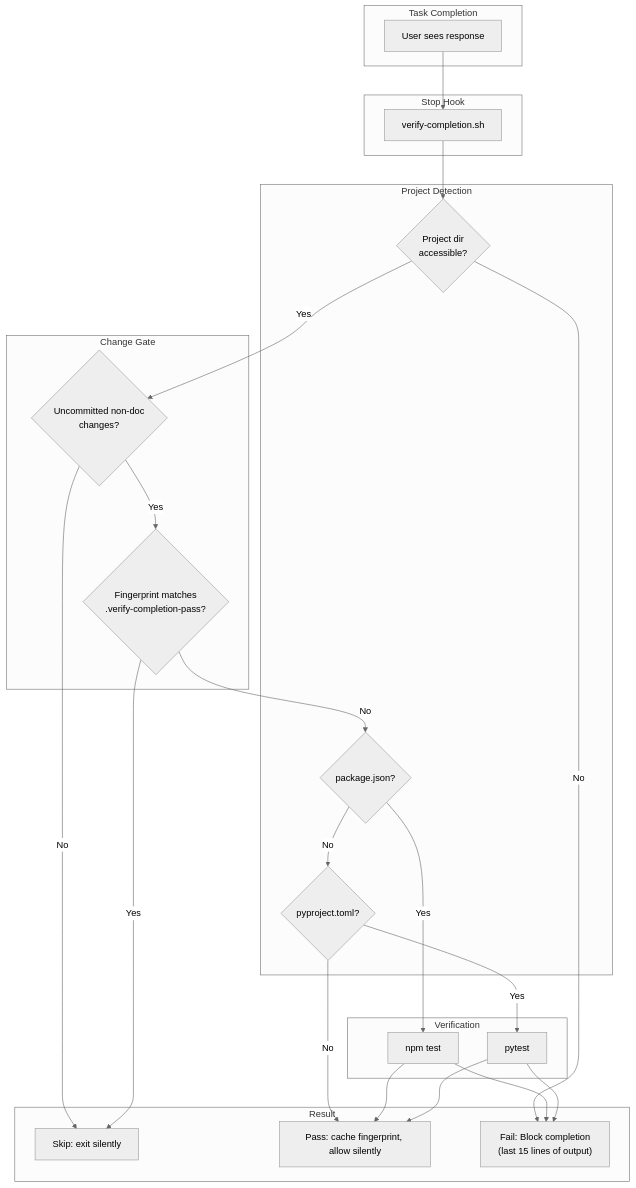
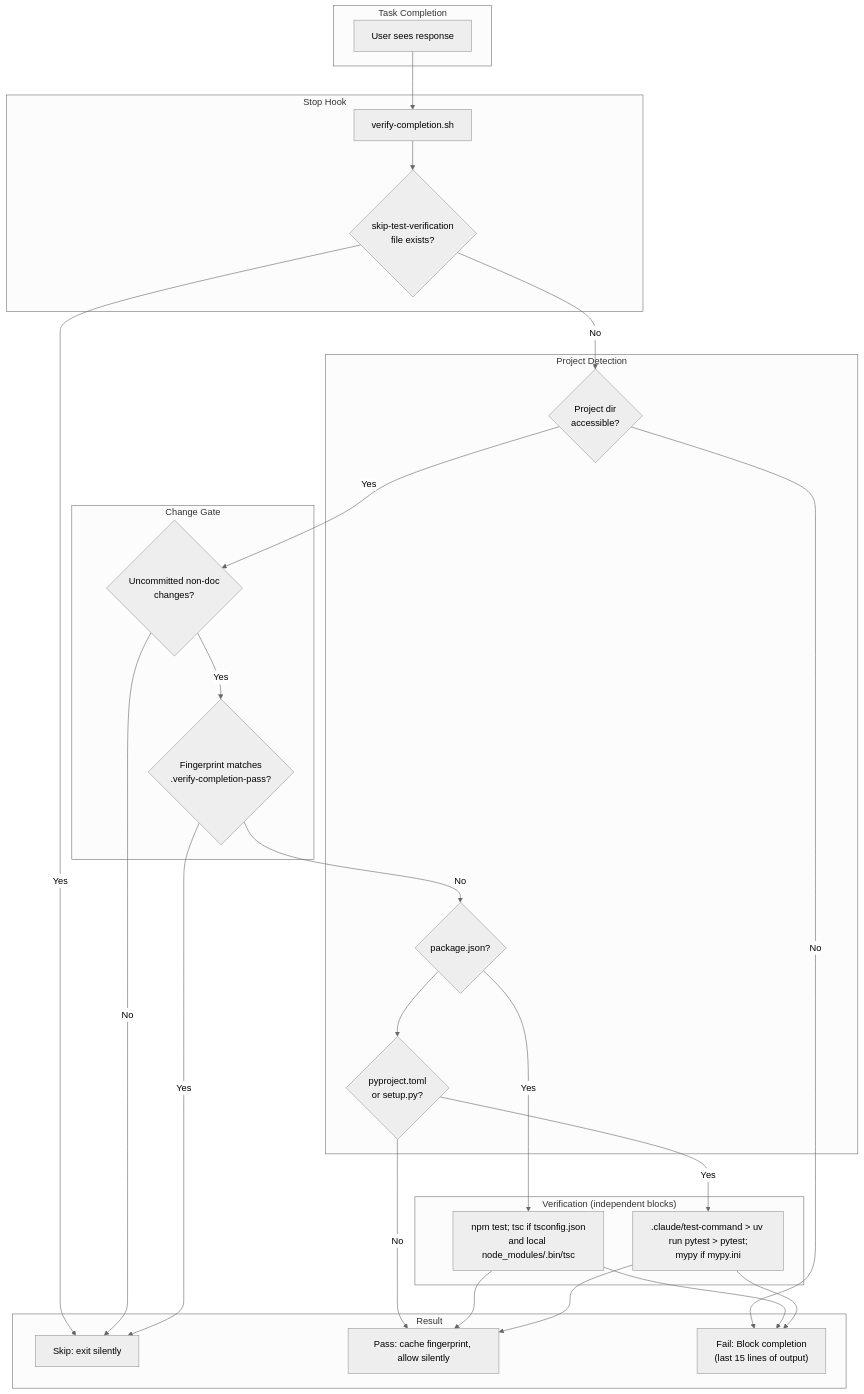
Before and after one commit to josix/agent-flow: the seventh of 9 diagrams in docs/architecture/data-flows.md, drawn with Mermaid (neutral theme). The commit also changed other lines of this file and 29 other files, not shown here.

````diff
--- a/docs/architecture/data-flows.md
+++ b/docs/architecture/data-flows.md
@@ -316,47 +317,50 @@
 ```mermaid
 flowchart TB
     subgraph Trigger["Task Completion"]
         T1[User sees response]
     end
 
     subgraph Hook["Stop Hook"]
         H1[verify-completion.sh]
+        B1{"skip-test-verification<br/>file exists?"}
     end
 
     subgraph Gate["Change Gate"]
         G1{"Uncommitted non-doc<br/>changes?"}
         G2{"Fingerprint matches<br/>.verify-completion-pass?"}
     end
 
     subgraph Detect["Project Detection"]
         D0{Project dir<br/>accessible?}
         D1{package.json?}
-        D2{pyproject.toml?}
+        D2{"pyproject.toml<br/>or setup.py?"}
     end
 
-    subgraph Verify["Verification"]
-        V1[npm test]
-        V2[pytest]
+    subgraph Verify["Verification (independent blocks)"]
+        V1["npm test; tsc if tsconfig.json<br/>and local node_modules/.bin/tsc"]
+        V2[".claude/test-command > uv run pytest > pytest;<br/>mypy if mypy.ini"]
     end
 
     subgraph Result["Result"]
         R0[Skip: exit silently]
         R1[Pass: cache fingerprint, allow silently]
         R2["Fail: Block completion<br/>(last 15 lines of output)"]
     end
 
     T1 --> H1
-    H1 --> D0
+    H1 --> B1
+    B1 -->|Yes| R0
+    B1 -->|No| D0
     D0 -->|No| R2
     D0 -->|Yes| G1
     G1 -->|No| R0
     G1 -->|Yes| G2
     G2 -->|Yes| R0
     G2 -->|No| D1
     D1 -->|Yes| V1
-    D1 -->|No| D2
+    D1 --> D2
     D2 -->|Yes| V2
     D2 -->|No| R1
 
     V1 & V2 --> R1 & R2
 ```
````
